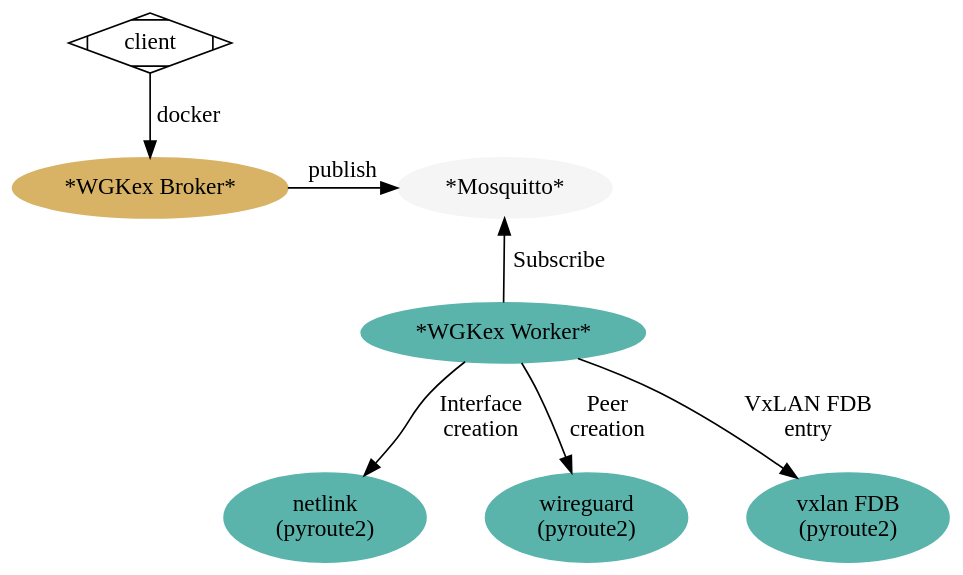
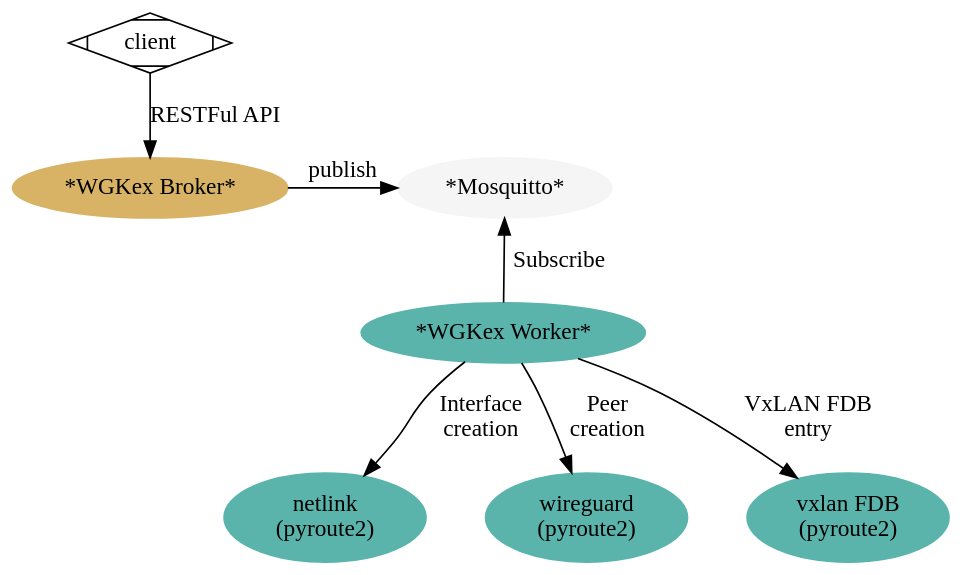
One commit to freifunkMUC/wgkex changed the diagram in Docs/architecture.dot. Above: the diagram before and after it, drawn with Graphviz. The commit also changed 1 other file, not shown here.

```diff
--- a/Docs/architecture.dot
+++ b/Docs/architecture.dot
@@ -1,50 +1,50 @@
 # http://www.graphviz.org/content/cluster
 
 digraph G {
   graph [fontname = "Handlee"];
   node [fontname = "Handlee"];
   edge [fontname = "Handlee"];
 
   bgcolor=transparent;
 
   subgraph wgkex_broker {
     style=filled;
     color=lightgrey;
     style="dotted"
     node [style=filled,color="#d8b365"];
     wgkex_broker [label="*WGKex Broker*"];
     fontsize = 20;
   }
 
   subgraph wgkex_mqtt {
     node [style=filled,color="#f5f5f5"];
     style="dotted"
     mqtt [label="*Mosquitto*"];
     fontsize = 20;
     color=blue
   }
 
   subgraph wgkex_worker {
     node [style=filled,color="#5ab4ac"];
     style="dotted"
     color=blue;
     label = "*WGKEX Worker*";
     fontsize = 20;
     color=blue
     mqtt -> wgkex_worker -> netlink -> wireguard -> vxlan [style=invis];
     wgkex_worker [label="*WGKex Worker*"];
     netlink [label="netlink\n(pyroute2)"];
     wireguard [label="wireguard\n(pyroute2)"];
     vxlan [label="vxlan FDB\n(pyroute2)"];
   }
-  client -> wgkex_broker [label="docker"];
+  client -> wgkex_broker [label="RESTFul API"];
   wgkex_broker -> mqtt [label="publish"];
   wgkex_worker -> mqtt [label="Subscribe"];
   wgkex_worker -> netlink [label="Interface\ncreation"];
   wgkex_worker -> wireguard [label="Peer\ncreation"];
   wgkex_worker -> vxlan [label="VxLAN FDB\nentry"];
 
   client [shape=Mdiamond];
   {rank=same wgkex_broker mqtt}
   {rank=same netlink wireguard vxlan}
 }
```
